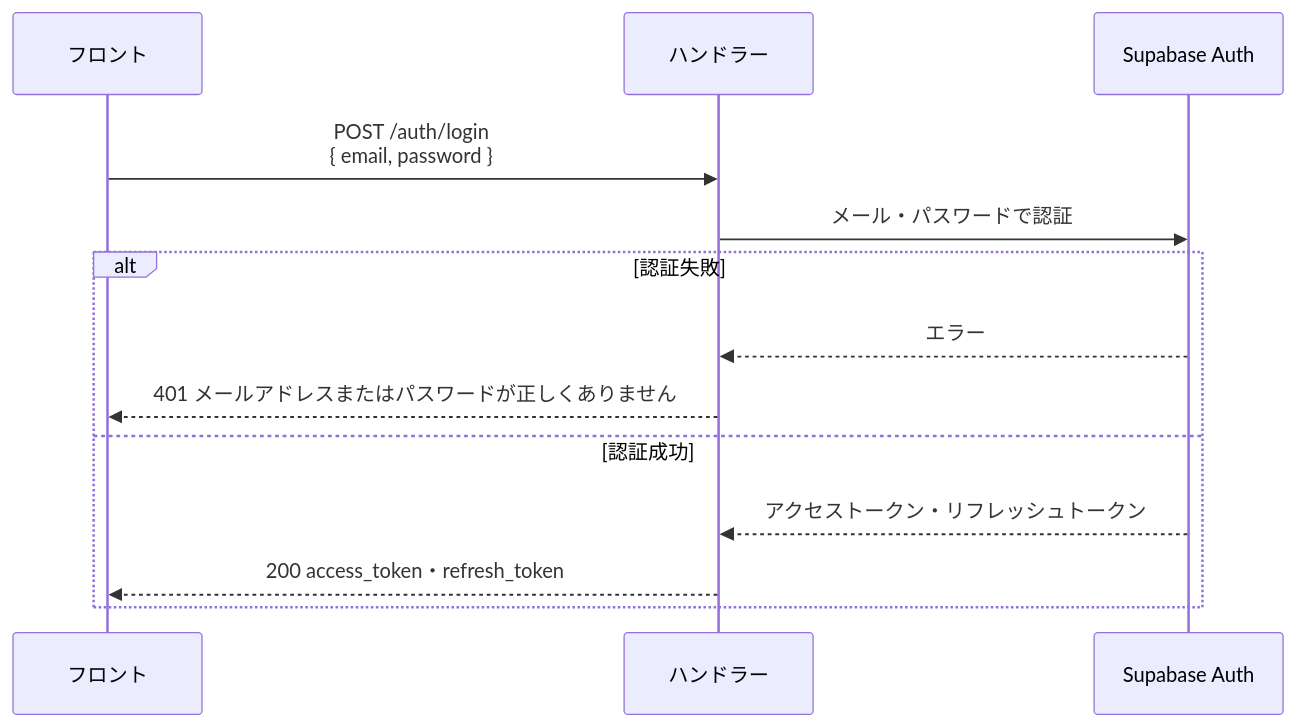
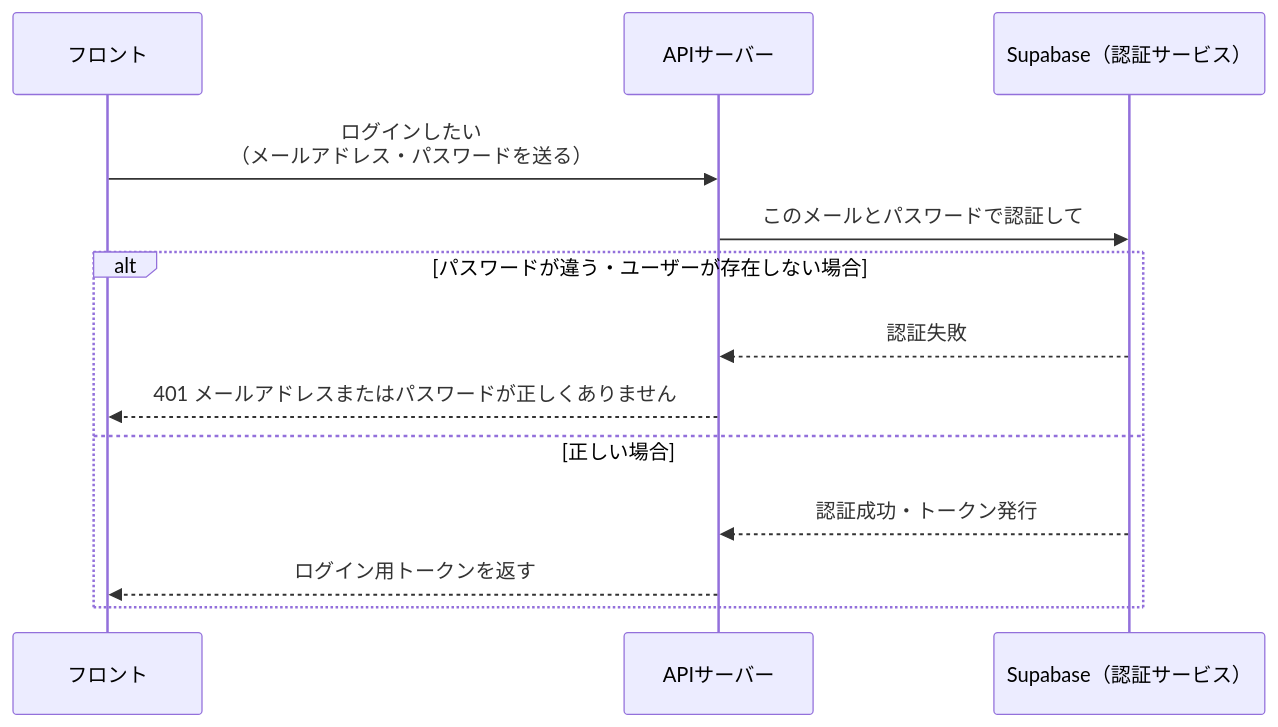
The sixth of 6 diagrams in docs/sequence.md (y08416/sukima-trip-backend), drawn with Mermaid before and after one commit. The commit also changed other lines of this file, not shown here.

Commit message:
docs: シーケンス図の説明を噛み砕いた日本語に書き直す

````diff
--- a/docs/sequence.md
+++ b/docs/sequence.md
@@ -133,17 +115,18 @@
 ```mermaid
 sequenceDiagram
     participant フロント
-    participant ハンドラー
-    participant SupabaseAuth as Supabase Auth
+    participant APIサーバー
+    participant Supabase as Supabase（認証サービス）
 
-    フロント->>ハンドラー: POST /auth/login<br/>{ email, password }
-    ハンドラー->>SupabaseAuth: メール・パスワードで認証
+    フロント->>APIサーバー: ログインしたい<br/>（メールアドレス・パスワードを送る）
 
-    alt 認証失敗
-        SupabaseAuth-->>ハンドラー: エラー
-        ハンドラー-->>フロント: 401 メールアドレスまたはパスワードが正しくありません
-    else 認証成功
-        SupabaseAuth-->>ハンドラー: アクセストークン・リフレッシュトークン
-        ハンドラー-->>フロント: 200 access_token・refresh_token
+    APIサーバー->>Supabase: このメールとパスワードで認証して
+    
+    alt パスワードが違う・ユーザーが存在しない場合
+        Supabase-->>APIサーバー: 認証失敗
+        APIサーバー-->>フロント: 401 メールアドレスまたはパスワードが正しくありません
+    else 正しい場合
+        Supabase-->>APIサーバー: 認証成功・トークン発行
+        APIサーバー-->>フロント: ログイン用トークンを返す
     end
 ```
````
